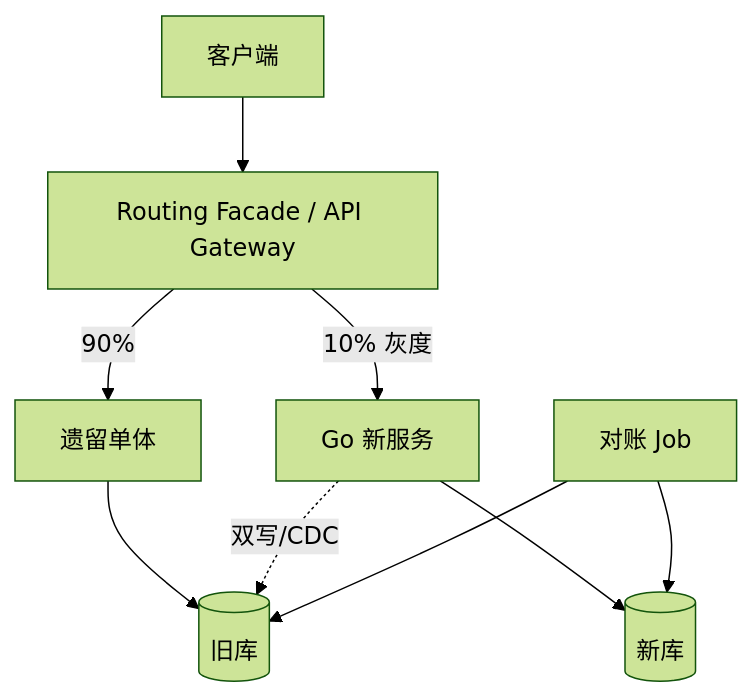
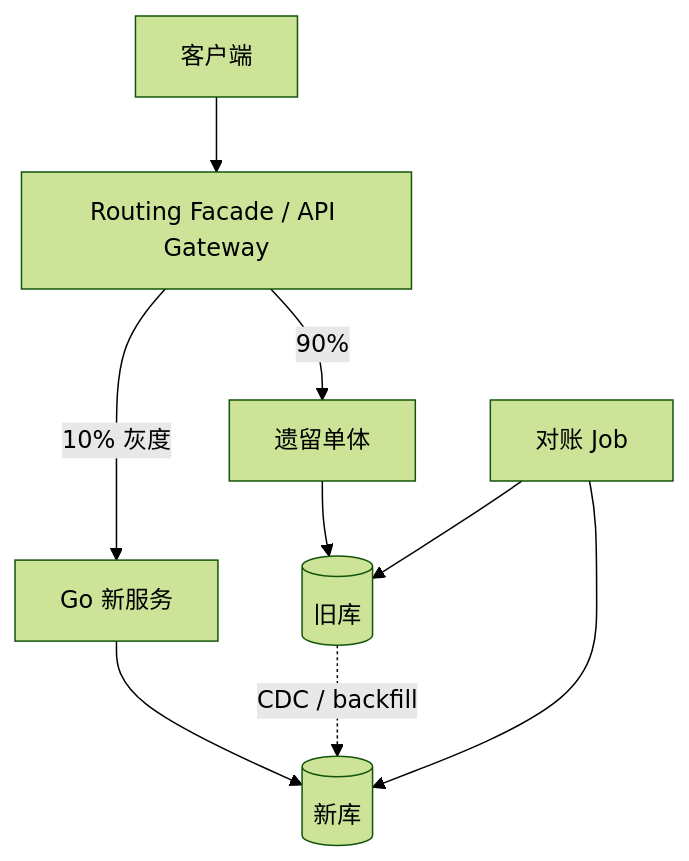
The diagram in docs/interview/11-solution-architecture/S-SOL-02-strangler-fig-migration.md (twodog-tt/Golang-development-manual), drawn with Mermaid (forest theme) before and after one commit. The commit also changed other lines of this file and 438 other files, not shown here.

````diff
--- a/docs/interview/11-solution-architecture/S-SOL-02-strangler-fig-migration.md
+++ b/docs/interview/11-solution-architecture/S-SOL-02-strangler-fig-migration.md
@@ -30,11 +30,11 @@
 ```mermaid
 flowchart TB
   Client[客户端] --> GW[Routing Facade / API Gateway]
   GW -->|90%| Legacy[遗留单体]
   GW -->|10% 灰度| NewGo[Go 新服务]
   NewGo --> NewDB[(新库)]
   Legacy --> OldDB[(旧库)]
-  NewGo -.->|双写/CDC| OldDB
+  OldDB -.->|CDC / backfill| NewDB
   Reconcile[对账 Job] --> NewDB
   Reconcile --> OldDB
 ```
````
